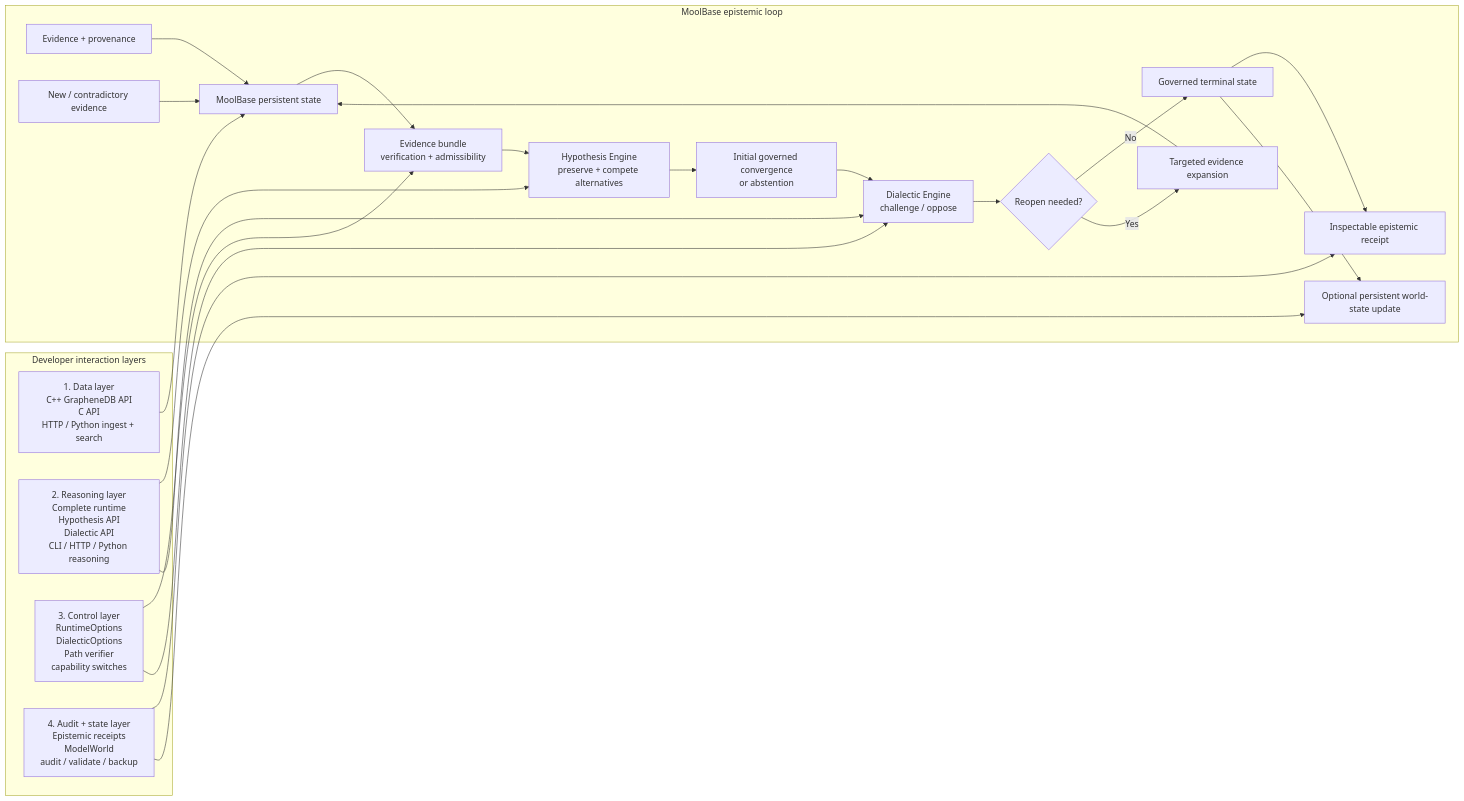
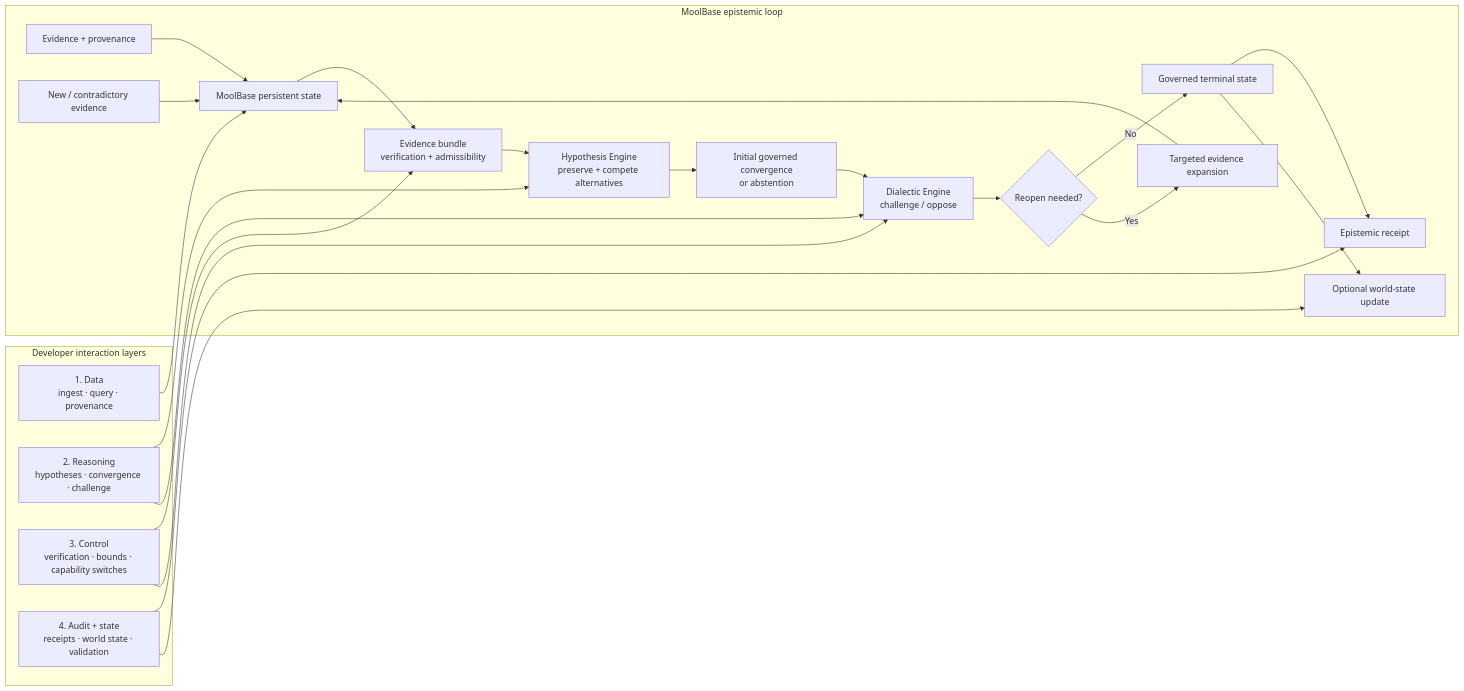
Before and after one commit to rastogivaibhav/MoolBase: the diagram in README.md, drawn with Mermaid. The commit also changed other lines of this file, not shown here.

````diff
--- a/README.md
+++ b/README.md
@@ -36,32 +80,32 @@
 ```mermaid
 flowchart LR
     subgraph DEV["Developer interaction layers"]
-      L1["1. Data layer<br/>C++ GrapheneDB API<br/>C API<br/>HTTP / Python ingest + search"]
-      L2["2. Reasoning layer<br/>Complete runtime<br/>Hypothesis API<br/>Dialectic API<br/>CLI / HTTP / Python reasoning"]
-      L3["3. Control layer<br/>RuntimeOptions<br/>DialecticOptions<br/>Path verifier<br/>capability switches"]
-      L4["4. Audit + state layer<br/>Epistemic receipts<br/>ModelWorld<br/>audit / validate / backup"]
+      L1["1. Data<br/>ingest · query · provenance"]
+      L2["2. Reasoning<br/>hypotheses · convergence · challenge"]
+      L3["3. Control<br/>verification · bounds · capability switches"]
+      L4["4. Audit + state<br/>receipts · world state · validation"]
     end
 
     subgraph LOOP["MoolBase epistemic loop"]
       E["Evidence + provenance"] --> M["MoolBase persistent state"]
       M --> B["Evidence bundle<br/>verification + admissibility"]
       B --> H["Hypothesis Engine<br/>preserve + compete alternatives"]
       H --> C["Initial governed convergence<br/>or abstention"]
       C --> D["Dialectic Engine<br/>challenge / oppose"]
       D --> Q{"Reopen needed?"}
       Q -->|No| T["Governed terminal state"]
       Q -->|Yes| X["Targeted evidence expansion"]
       X --> M
       N["New / contradictory evidence"] --> M
-      T --> R["Inspectable epistemic receipt"]
-      T --> W["Optional persistent world-state update"]
+      T --> R["Epistemic receipt"]
+      T --> W["Optional world-state update"]
     end
 
     L1 --> M
     L2 --> H
     L2 --> D
     L3 --> B
     L3 --> D
     L4 --> R
     L4 --> W
 ```
````
